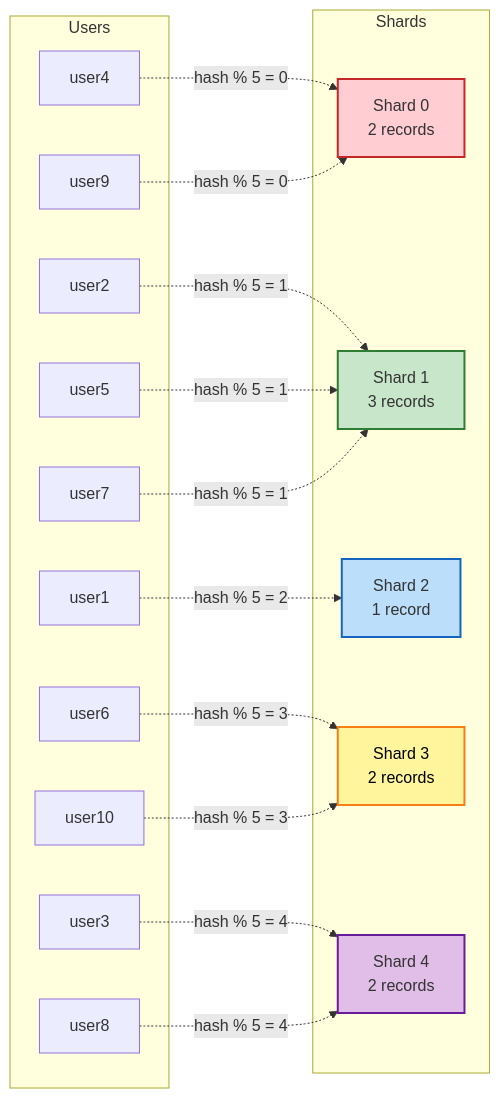
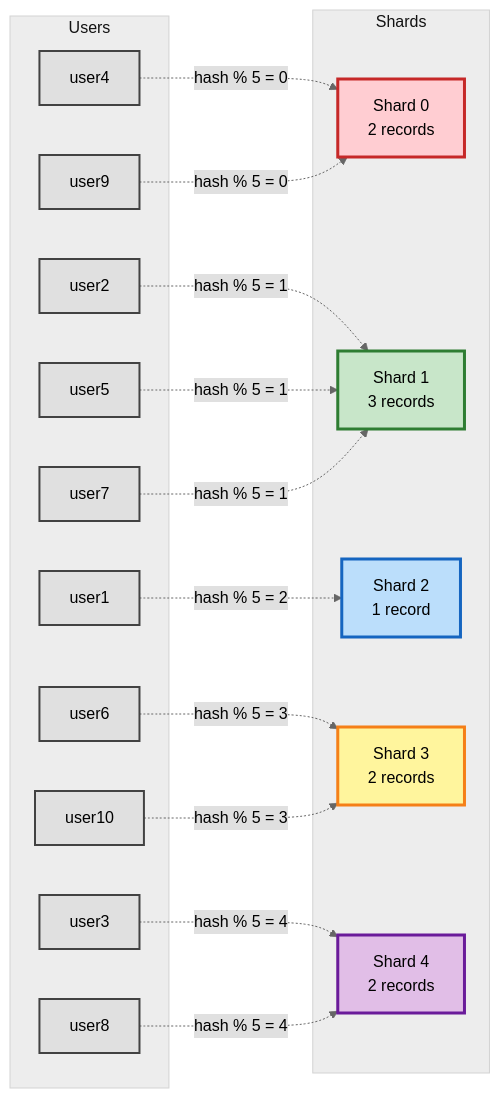
One commit to Demilade01/sharded-data-service changed the sixth of 10 diagrams in ARCHITECTURE.md. Above: the diagram before and after it, drawn with Mermaid. The commit also changed other lines of this file, not shown here.

````diff
--- a/ARCHITECTURE.md
+++ b/ARCHITECTURE.md
@@ -231,40 +236,51 @@
 ```mermaid
+%%{init: {'theme':'base', 'themeVariables': { 'primaryColor':'#e0e0e0','primaryTextColor':'#000','primaryBorderColor':'#616161','lineColor':'#666'}}}%%
 graph LR
     subgraph "Users"
         U1[user1]
         U2[user2]
         U3[user3]
         U4[user4]
         U5[user5]
         U6[user6]
         U7[user7]
         U8[user8]
         U9[user9]
         U10[user10]
     end
 
     subgraph "Shards"
         S0[Shard 0<br/>2 records]
         S1[Shard 1<br/>3 records]
         S2[Shard 2<br/>1 record]
         S3[Shard 3<br/>2 records]
         S4[Shard 4<br/>2 records]
     end
 
     U1 -.->|hash % 5 = 2| S2
     U2 -.->|hash % 5 = 1| S1
     U3 -.->|hash % 5 = 4| S4
     U4 -.->|hash % 5 = 0| S0
     U5 -.->|hash % 5 = 1| S1
     U6 -.->|hash % 5 = 3| S3
     U7 -.->|hash % 5 = 1| S1
     U8 -.->|hash % 5 = 4| S4
     U9 -.->|hash % 5 = 0| S0
     U10 -.->|hash % 5 = 3| S3
 
-    style S0 fill:#ffcdd2,stroke:#c62828,stroke-width:2px
-    style S1 fill:#c8e6c9,stroke:#2e7d32,stroke-width:2px
-    style S2 fill:#bbdefb,stroke:#1565c0,stroke-width:2px
-    style S3 fill:#fff59d,stroke:#f57f17,stroke-width:2px,color:#000
-    style S4 fill:#e1bee7,stroke:#6a1b9a,stroke-width:2px
+    style S0 fill:#ffcdd2,stroke:#c62828,stroke-width:3px,color:#000
+    style S1 fill:#c8e6c9,stroke:#2e7d32,stroke-width:3px,color:#000
+    style S2 fill:#bbdefb,stroke:#1565c0,stroke-width:3px,color:#000
+    style S3 fill:#fff59d,stroke:#f57f17,stroke-width:3px,color:#000
+    style S4 fill:#e1bee7,stroke:#6a1b9a,stroke-width:3px,color:#000
+    style U1 fill:#e0e0e0,stroke:#424242,stroke-width:2px,color:#000
+    style U2 fill:#e0e0e0,stroke:#424242,stroke-width:2px,color:#000
+    style U3 fill:#e0e0e0,stroke:#424242,stroke-width:2px,color:#000
+    style U4 fill:#e0e0e0,stroke:#424242,stroke-width:2px,color:#000
+    style U5 fill:#e0e0e0,stroke:#424242,stroke-width:2px,color:#000
+    style U6 fill:#e0e0e0,stroke:#424242,stroke-width:2px,color:#000
+    style U7 fill:#e0e0e0,stroke:#424242,stroke-width:2px,color:#000
+    style U8 fill:#e0e0e0,stroke:#424242,stroke-width:2px,color:#000
+    style U9 fill:#e0e0e0,stroke:#424242,stroke-width:2px,color:#000
+    style U10 fill:#e0e0e0,stroke:#424242,stroke-width:2px,color:#000
 ```
````
